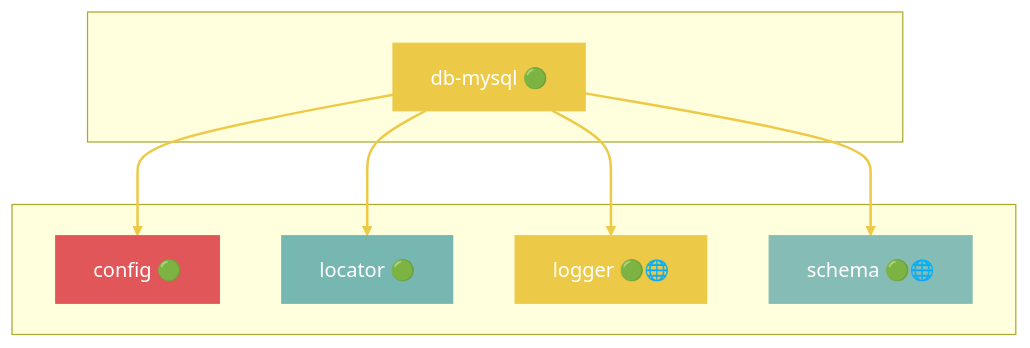
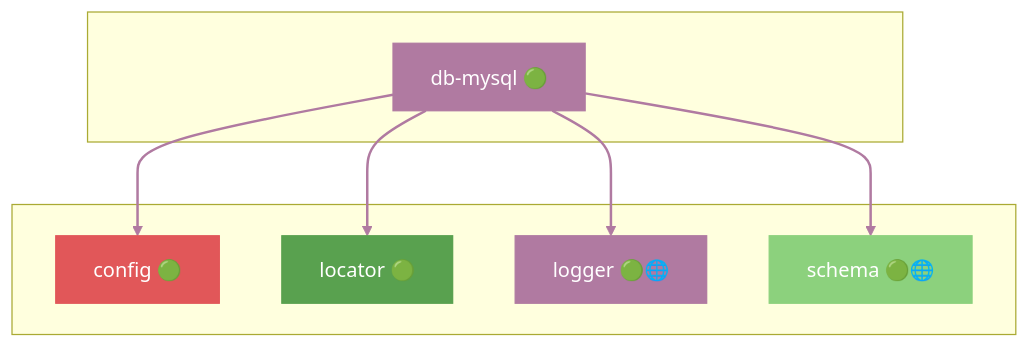
The eighth of 41 diagrams in docs/DEPENDENCIES.md (grest-ts/grest-ts), drawn with Mermaid before and after one commit. The commit also changed other lines of this file and 29 other files, not shown here.

````diff
--- a/docs/DEPENDENCIES.md
+++ b/docs/DEPENDENCIES.md
@@ -573,25 +583,25 @@
 ```mermaid
 flowchart TB
     subgraph Package[" "]
         db-mysql["db-mysql 🟢"]
     end
     subgraph Dependencies[" "]
         config["config 🟢"]
         locator["locator 🟢"]
         logger["logger 🟢🌐"]
         schema["schema 🟢🌐"]
     end
     db-mysql --> config
     db-mysql --> locator
     db-mysql --> logger
     db-mysql --> schema
-    style db-mysql fill:#EDC948,stroke:#EDC948,color:#fff
+    style db-mysql fill:#B07AA1,stroke:#B07AA1,color:#fff
     style config fill:#E15759,stroke:#E15759,color:#fff
-    style locator fill:#76B7B2,stroke:#76B7B2,color:#fff
-    style logger fill:#EDC948,stroke:#EDC948,color:#fff
-    style schema fill:#86BCB6,stroke:#86BCB6,color:#fff
-    linkStyle 0 stroke:#EDC948,stroke-width:2px
-    linkStyle 1 stroke:#EDC948,stroke-width:2px
-    linkStyle 2 stroke:#EDC948,stroke-width:2px
-    linkStyle 3 stroke:#EDC948,stroke-width:2px
+    style locator fill:#59A14F,stroke:#59A14F,color:#fff
+    style logger fill:#B07AA1,stroke:#B07AA1,color:#fff
+    style schema fill:#8CD17D,stroke:#8CD17D,color:#fff
+    linkStyle 0 stroke:#B07AA1,stroke-width:2px
+    linkStyle 1 stroke:#B07AA1,stroke-width:2px
+    linkStyle 2 stroke:#B07AA1,stroke-width:2px
+    linkStyle 3 stroke:#B07AA1,stroke-width:2px
 ```
````
